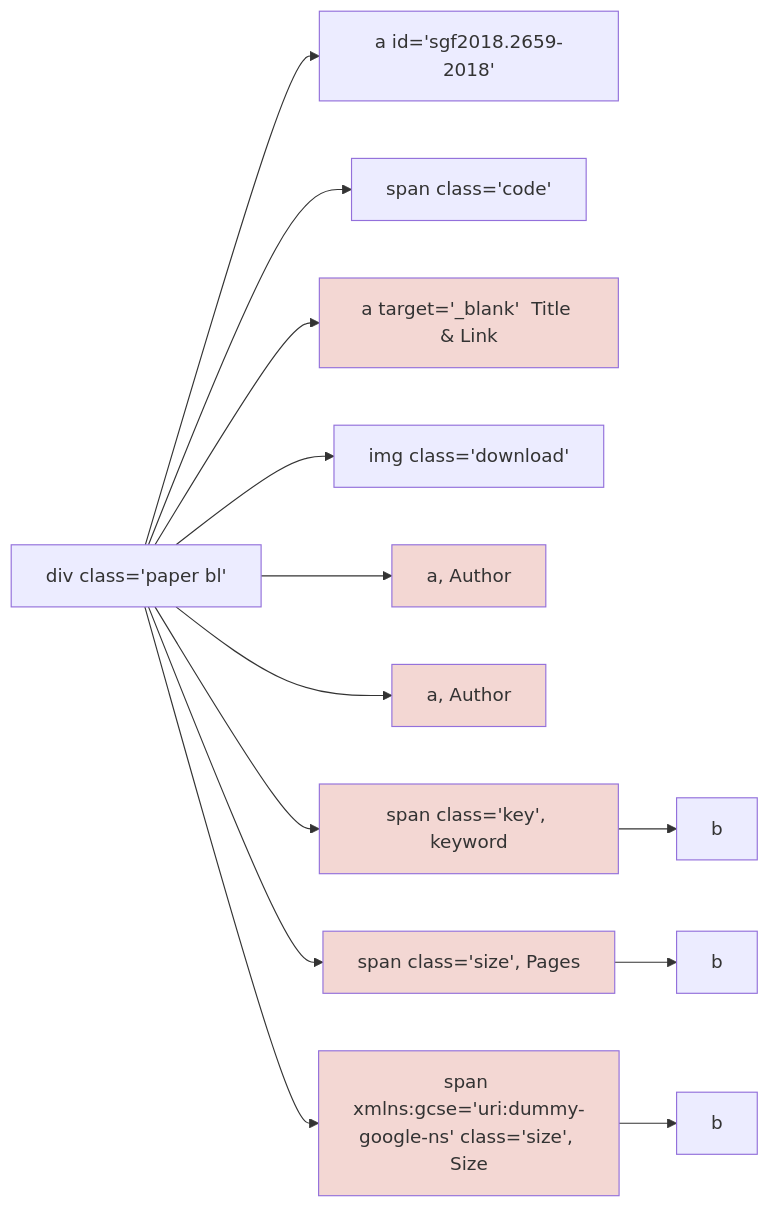
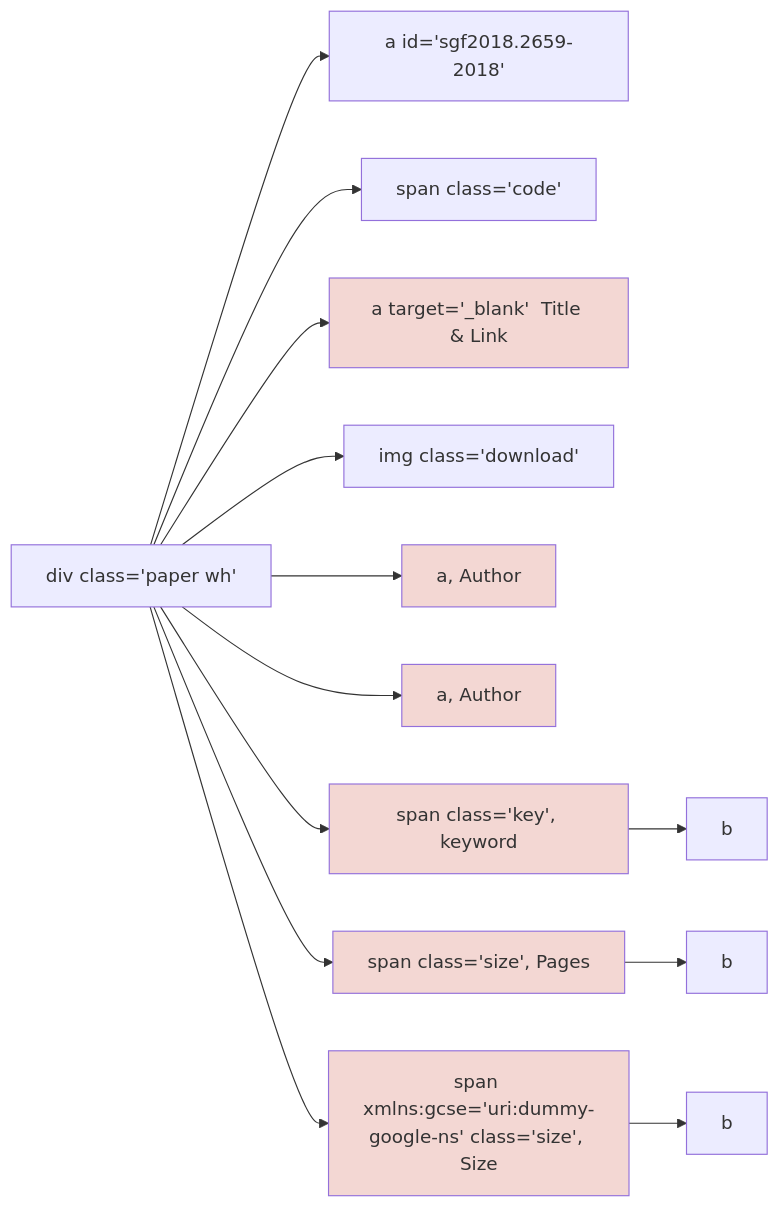
One commit to RC-Web-crawler/Hugo-site changed the fourth of 5 diagrams in content/4_demo/_index.md. Above: the diagram before and after it, drawn with Mermaid. The commit also changed other lines of this file, not shown here.

```diff
--- a/content/4_demo/_index.md
+++ b/content/4_demo/_index.md
@@ -278,18 +278,18 @@
 {{<mermaid align="center">}}
 graph LR;
-    A["div class='paper bl'"] --> B["a id='sgf2018.2659-2018'"];
+    A["div class='paper wh'"] --> B["a id='sgf2018.2659-2018'"];
     A --> C["span class='code'"];
     A --> D["a target='_blank'"  Title & Link];
     style D fill:#f3d7d3;
     A --> E["img class='download'"];
     A --> F[a, Author];
     A --> G[a, Author];
     style F fill:#f3d7d3; 
     style G fill:#f3d7d3; 
     A --> H["span class='key'", keyword] -->I[b];
     style H fill:#f3d7d3; 
     A --> J["span class='size'", Pages] -->j[b];
     A --> K["span xmlns:gcse='uri:dummy-google-ns' class='size'", Size] -->k[b];
     style J fill:#f3d7d3; 
     style K fill:#f3d7d3; 
 {{< /mermaid >}}
```
